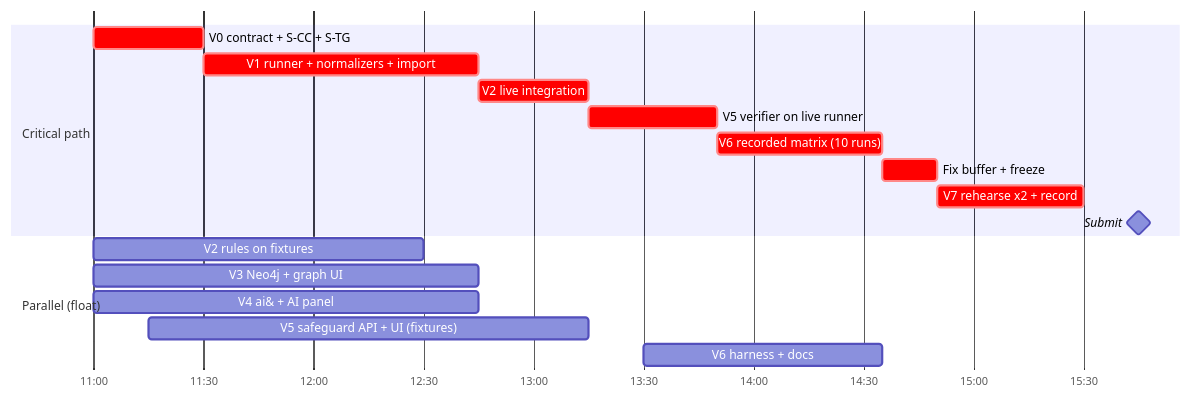
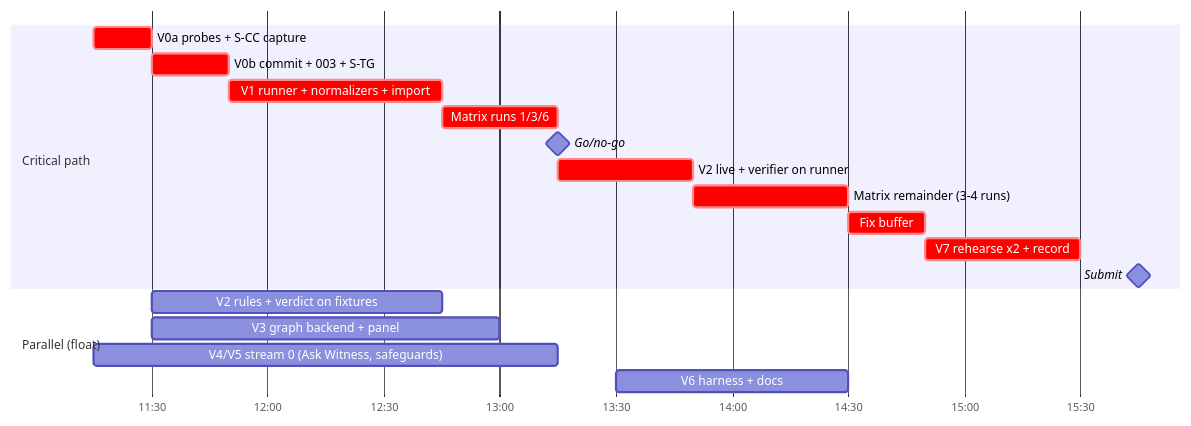
One commit to sinem-unlu-sf/underwatch changed the diagram in docs/ARCHITECTURE.md. Above: the diagram before and after it, drawn with Mermaid. The commit also changed other lines of this file and 375 other files, not shown here.

````diff
--- a/docs/ARCHITECTURE.md
+++ b/docs/ARCHITECTURE.md
@@ -1057,20 +1151,21 @@
 ```mermaid
 gantt
     dateFormat HH:mm
     axisFormat %H:%M
     section Critical path
-    V0 contract + S-CC + S-TG        :crit, v0, 11:00, 30m
-    V1 runner + normalizers + import  :crit, v1, after v0, 75m
-    V2 live integration               :crit, v2l, after v1, 30m
-    V5 verifier on live runner        :crit, v5l, after v2l, 35m
-    V6 recorded matrix (10 runs)      :crit, v6, after v5l, 45m
-    Fix buffer + freeze               :crit, fz, after v6, 15m
-    V7 rehearse x2 + record           :crit, v7, 14:50, 40m
-    Submit                            :milestone, 15:45, 0m
+    V0a probes + S-CC capture        :crit, v0a, 11:15, 15m
+    V0b commit + 003 + S-TG          :crit, v0b, 11:30, 20m
+    V1 runner + normalizers + import :crit, v1, after v0b, 55m
+    Matrix runs 1/3/6                :crit, m1, 12:45, 30m
+    Go/no-go                         :milestone, 13:15, 0m
+    V2 live + verifier on runner     :crit, v2l, 13:15, 35m
+    Matrix remainder (3-4 runs)      :crit, m2, 13:50, 40m
+    Fix buffer                       :crit, fz, 14:30, 20m
+    V7 rehearse x2 + record          :crit, v7, 14:50, 40m
+    Submit                           :milestone, 15:45, 0m
     section Parallel (float)
-    V2 rules on fixtures              :v2, 11:00, 90m
-    V3 Neo4j + graph UI               :v3, 11:00, 105m
-    V4 ai& + AI panel                 :v4, 11:00, 105m
-    V5 safeguard API + UI (fixtures)  :v5, 11:15, 120m
-    V6 harness + docs                 :v6b, 13:30, 65m
+    V2 rules + verdict on fixtures   :v2, 11:30, 75m
+    V3 graph backend + panel         :v3, 11:30, 90m
+    V4/V5 stream 0 (Ask Witness, safeguards) :v4, 11:15, 120m
+    V6 harness + docs                :v6b, 13:30, 60m
 ```
````
